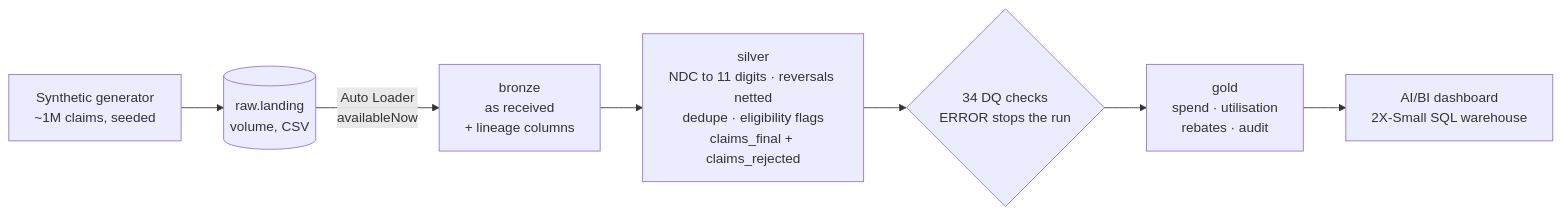
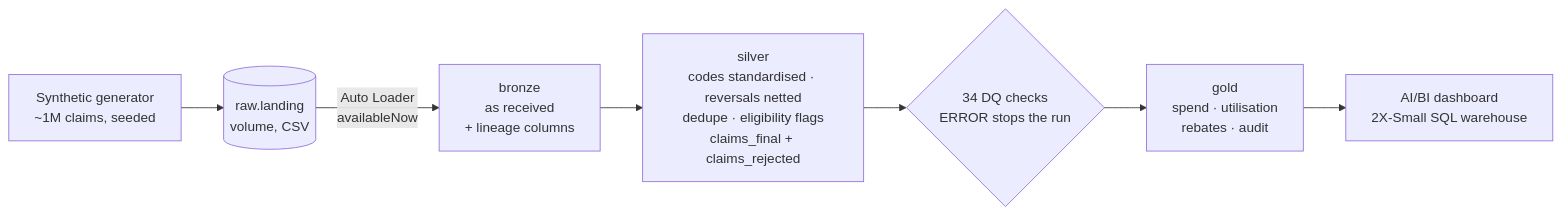
One commit to kshar00/pharmacy-claims-lakehouse changed the diagram in README.md. Above: the diagram before and after it, drawn with Mermaid. The commit also changed other lines of this file, not shown here.

````diff
--- a/README.md
+++ b/README.md
@@ -29,9 +46,9 @@
 ```mermaid
 flowchart LR
     GEN["Synthetic generator<br/>~1M claims, seeded"] --> LAND[("raw.landing<br/>volume, CSV")]
     LAND -- "Auto Loader<br/>availableNow" --> BRZ["bronze<br/>as received<br/>+ lineage columns"]
-    BRZ --> SLV["silver<br/>NDC to 11 digits · reversals netted<br/>dedupe · eligibility flags<br/>claims_final + claims_rejected"]
+    BRZ --> SLV["silver<br/>codes standardised · reversals netted<br/>dedupe · eligibility flags<br/>claims_final + claims_rejected"]
     SLV --> DQ{"34 DQ checks<br/>ERROR stops the run"}
     DQ --> GLD["gold<br/>spend · utilisation<br/>rebates · audit"]
     GLD --> DASH["AI/BI dashboard<br/>2X-Small SQL warehouse"]
 ```
````
